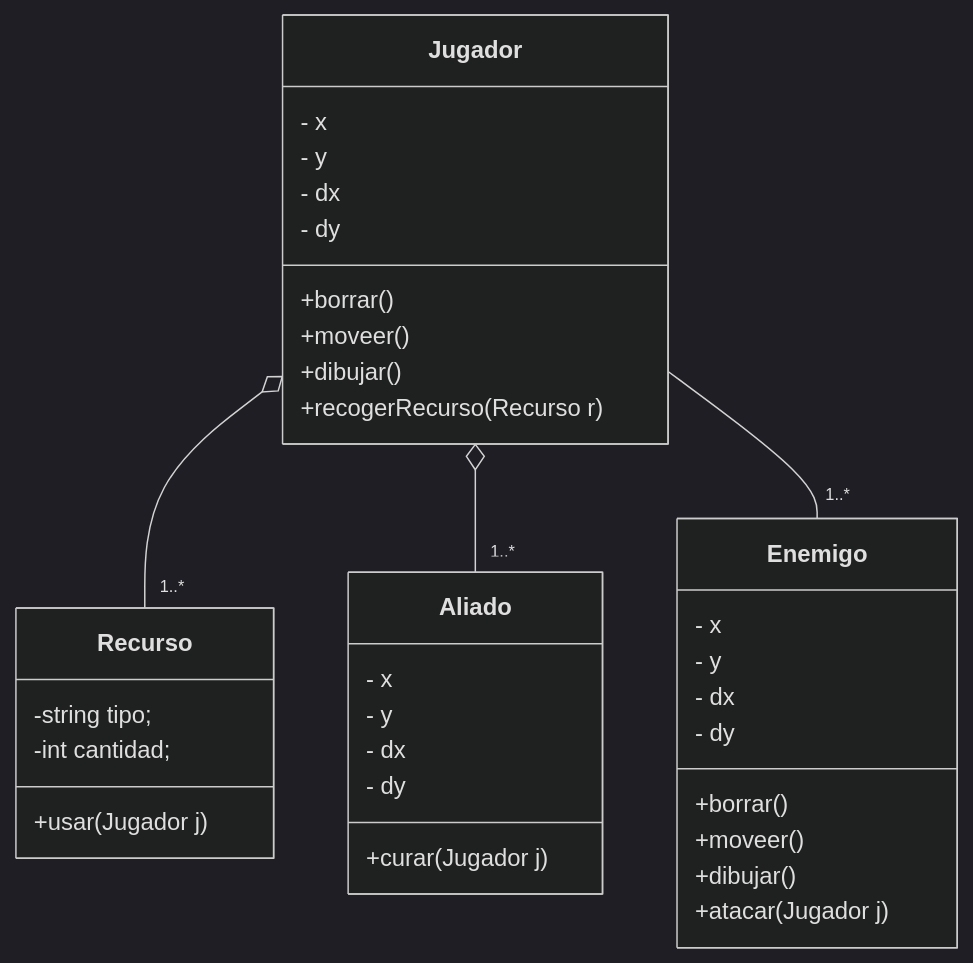
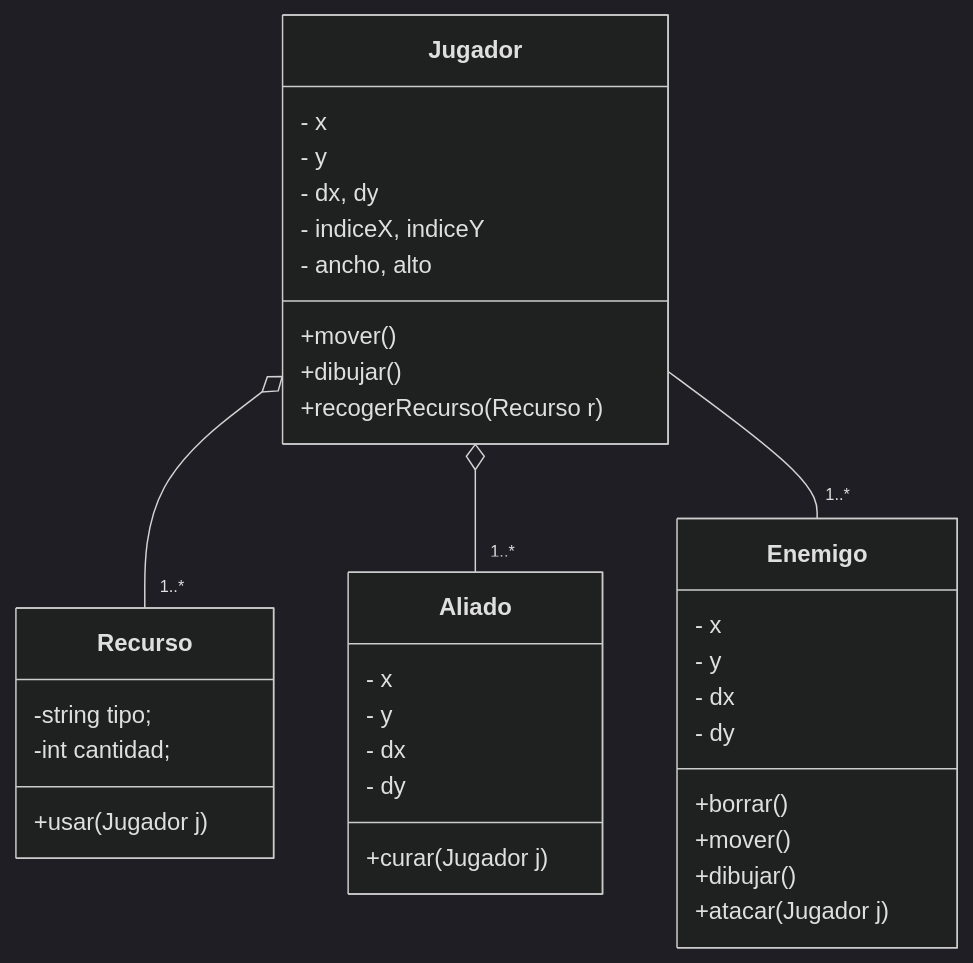
Before and after one commit to ismasscs51/algoritmos_group03_tf: the diagram in INFORME.md, drawn with Mermaid (dark theme).

````diff
--- a/INFORME.md
+++ b/INFORME.md
@@ -125,44 +125,44 @@
 ```mermaid
 classDiagram
 
 class Jugador {
 - x
 - y
-- dx
-- dy
-+borrar()
-+moveer()
+- dx, dy
+- indiceX, indiceY
+- ancho, alto
++mover()
 +dibujar()
 +recogerRecurso(Recurso r)
 }
 
 class Enemigo {
 - x
 - y
 - dx
 - dy
 +borrar()
-+moveer()
++mover()
 +dibujar()
 +atacar(Jugador j)
 }
 
 class Aliado {
 - x
 - y
 - dx
 - dy
 +curar(Jugador j)
 }
 
 class Recurso {
 -string tipo;
 -int cantidad;
 +usar(Jugador j)
 }
 
 Jugador o-- "1..*" Recurso
 Jugador o-- "1..*" Aliado
 Jugador -- "1..*" Enemigo
 
 ```
````
